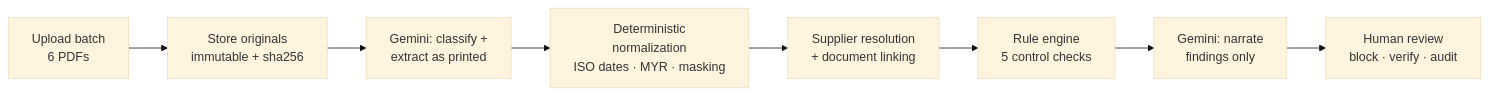
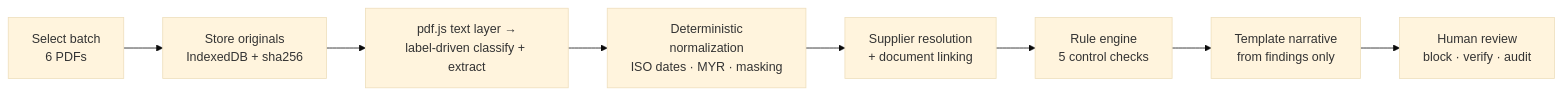
The diagram in README.md (Leong1104/VendorGuardAI), drawn with Mermaid (base theme) before and after one commit. The commit also changed other lines of this file and 33 other files, not shown here.

````diff
--- a/README.md
+++ b/README.md
@@ -23,10 +25,10 @@
 ```mermaid
 flowchart LR
-    A[Upload batch<br/>6 PDFs] --> B[Store originals<br/>immutable + sha256]
-    B --> C[Gemini: classify +<br/>extract as printed]
+    A[Select batch<br/>6 PDFs] --> B[Store originals<br/>IndexedDB + sha256]
+    B --> C[pdf.js text layer →<br/>label-driven classify + extract]
     C --> D[Deterministic<br/>normalization<br/>ISO dates · MYR · masking]
     D --> E[Supplier resolution<br/>+ document linking]
     E --> F[Rule engine<br/>5 control checks]
-    F --> G[Gemini: narrate<br/>findings only]
+    F --> G[Template narrative<br/>from findings only]
     G --> H[Human review<br/>block · verify · audit]
 ```
````
